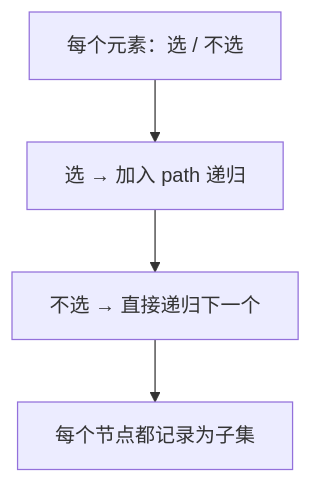
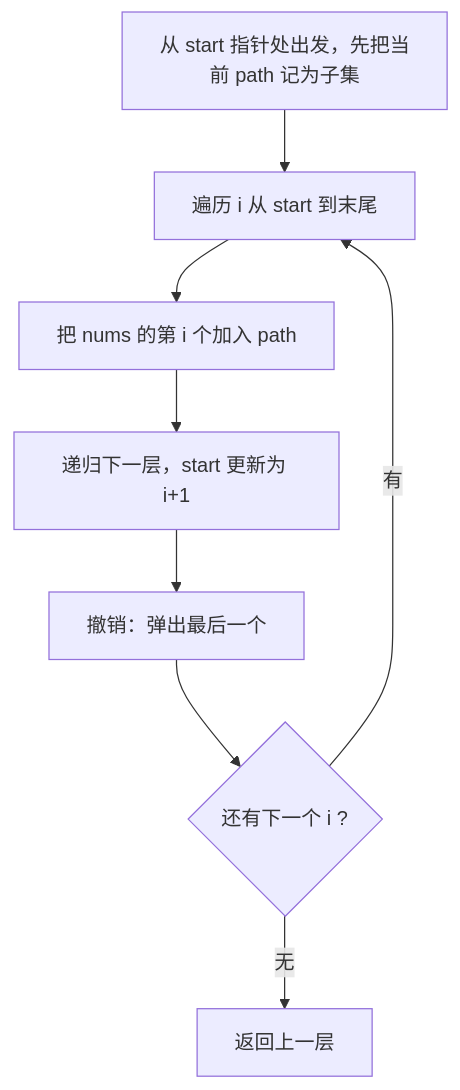
One commit to OctalZero/hot100-py changed the first of 2 diagrams in 11-回溯/0078-子集.md. Above: the diagram before and after it, drawn with Mermaid. The commit also changed other lines of this file and 117 other files, not shown here.

First line of the commit message:
feat: 全题解配图升级为「动画式 mermaid」（总览骨架 + 横向时间线逐步推演）

````diff
--- a/11-回溯/0078-子集.md
+++ b/11-回溯/0078-子集.md
@@ -19,6 +19,10 @@
 ```mermaid
 flowchart TD
-    A["每个元素：选 / 不选"] --> B["选 → 加入 path 递归"]
-    B --> C["不选 → 直接递归下一个"]
-    C --> D["每个节点都记录为子集"]
+    A["从 start 指针处出发，先把当前 path 记为子集"] --> B["遍历 i 从 start 到末尾"]
+    B --> C["把 nums 的第 i 个加入 path"]
+    C --> D["递归下一层，start 更新为 i+1"]
+    D --> E["撤销：弹出最后一个"]
+    E --> F{"还有下一个 i ?"}
+    F -->|"有"| B
+    F -->|"无"| G["返回上一层"]
 ```
````
